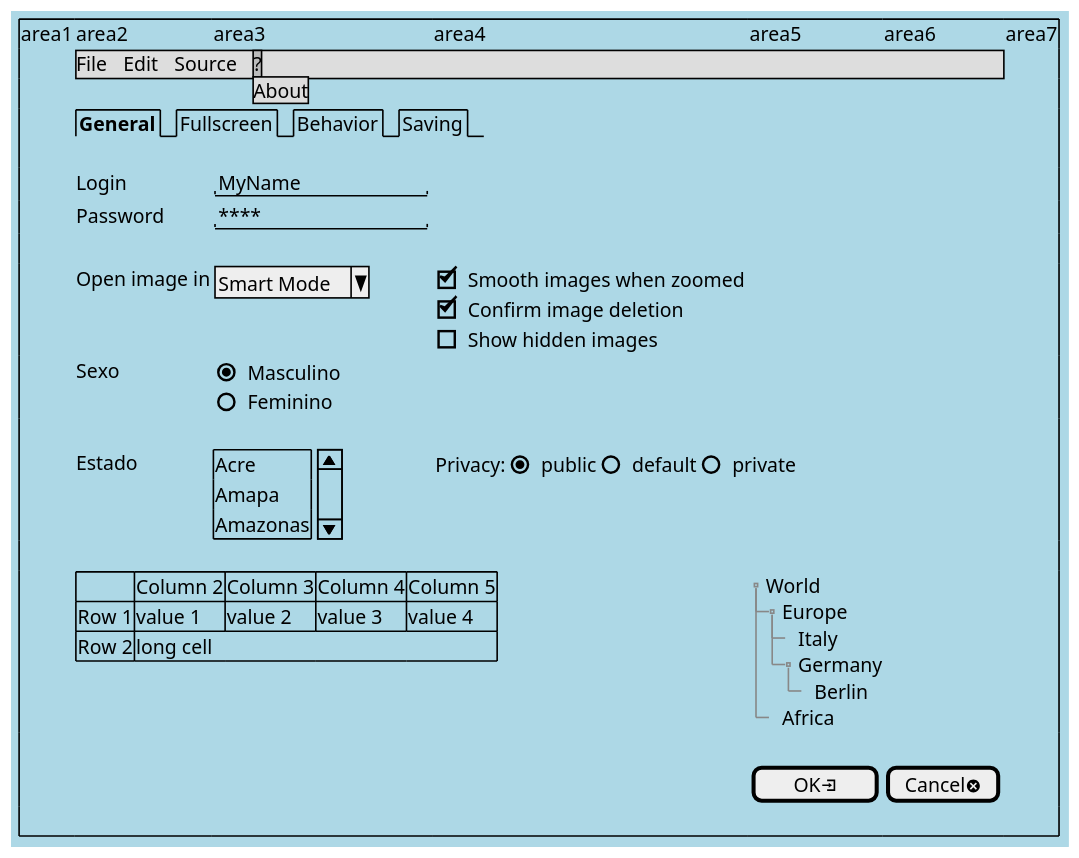
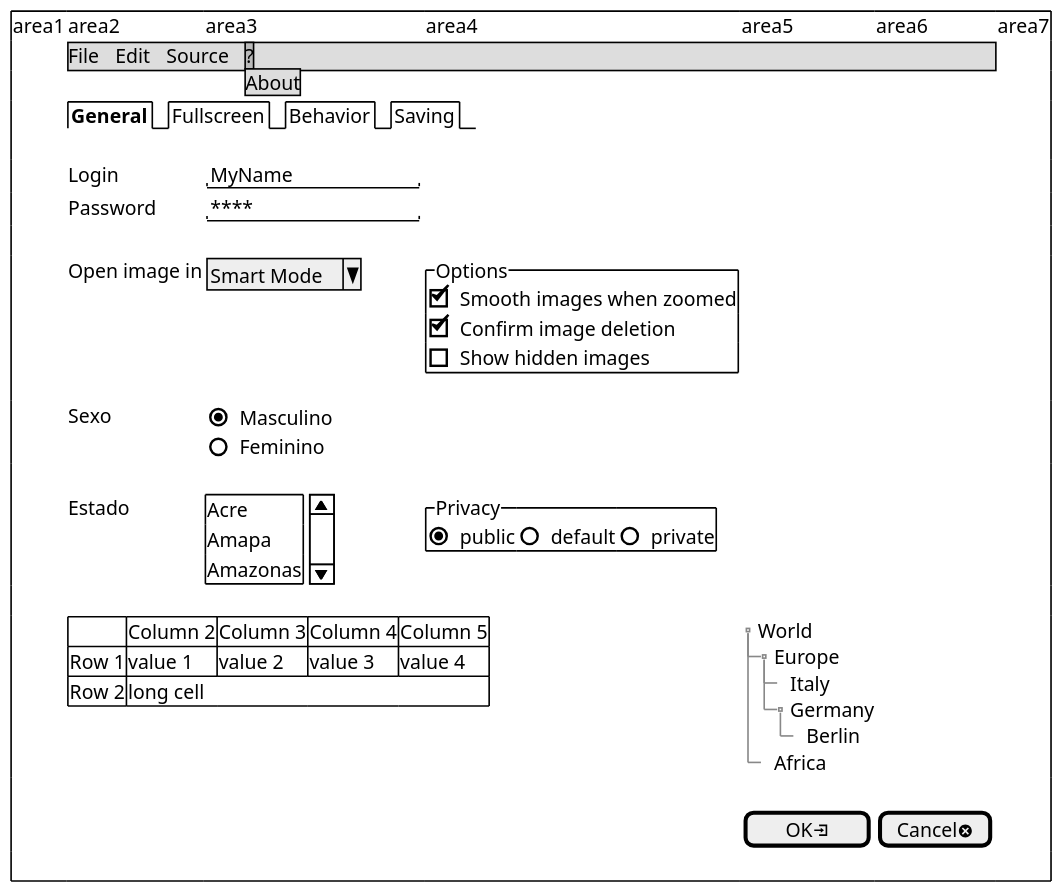
The diagram in PlantUML/mockup2.pu (GiovaniPM/DMNTests), drawn with PlantUML before and after one commit.

Commit message:
giova(DESKTOP-PG18CKU) 210130140338

```diff
--- a/PlantUML/mockup2.pu
+++ b/PlantUML/mockup2.pu
@@ -1,45 +1,45 @@
 @startsalt
-skinparam BackgroundColor lightblue
+'skinparam BackgroundColor lightblue
 scale 1.5
 {+
     |area1|area2|area3|area4|area5|area6|area7
     |.|{* File | Edit | Source | ?
     '  File | New | Open File | - | Close | Close All | - | Exit
       ? | About}|*|*|*|*
     |.
     |.|{/ <b>General | Fullscreen | Behavior | Saving }|*|*|*|*
     |.
     |.|Login    |"MyName          "|.
     |.|Password |"****            "|.
     |.
-    |.|Open image in|{| ^Smart Mode^ }{
+    |.|Open image in|{| ^Smart Mode^ }|{^Options
                                         [X] Smooth images when zoomed
                                         [X] Confirm image deletion
                                         [ ] Show hidden images
-                                      }
+                                       }
     |.|Sexo|{(X) Masculino
              () Feminino}
     |.
     |.|Estado|{SI 
                 Acre
                 Amapa
                 Amazonas
-              }|{Privacy: | (X) public | () default | () private} |*|*
+              }|{^Privacy | (X) public | () default | () private} |*|*
     |.
     |.|{#
         .     | Column 2  | Column 3 | Column 4 | Column 5
         Row 1 | value 1   | value 2  | value 3  | value 4
         Row 2 | long cell | *        | *        | *
        }|*|*|{T
               + World
               ++ Europe
               +++ Italy
               +++ Germany
               ++++ Berlin
               ++ Africa
              }|*
     |.
     |.|.|.|.|[  OK<&account-login>   ]|[Cancel<&circle-x>]
     |.
 }
 @endsalt
```
